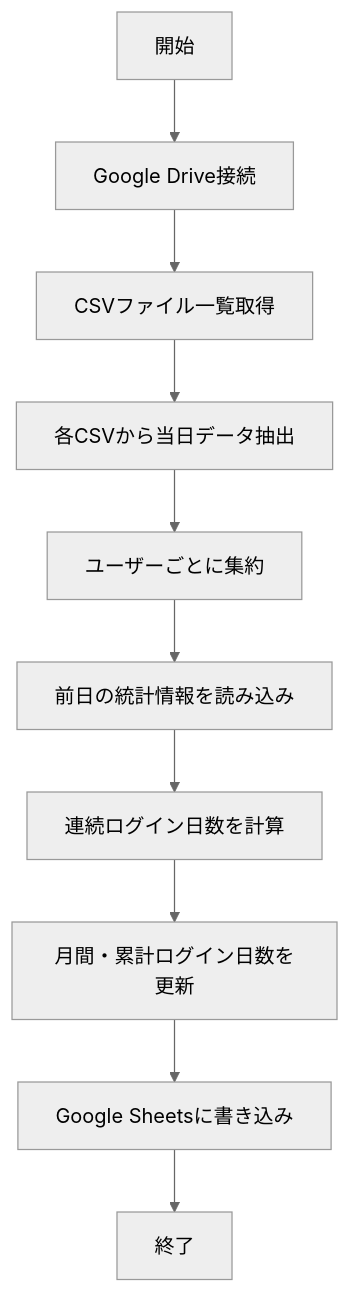
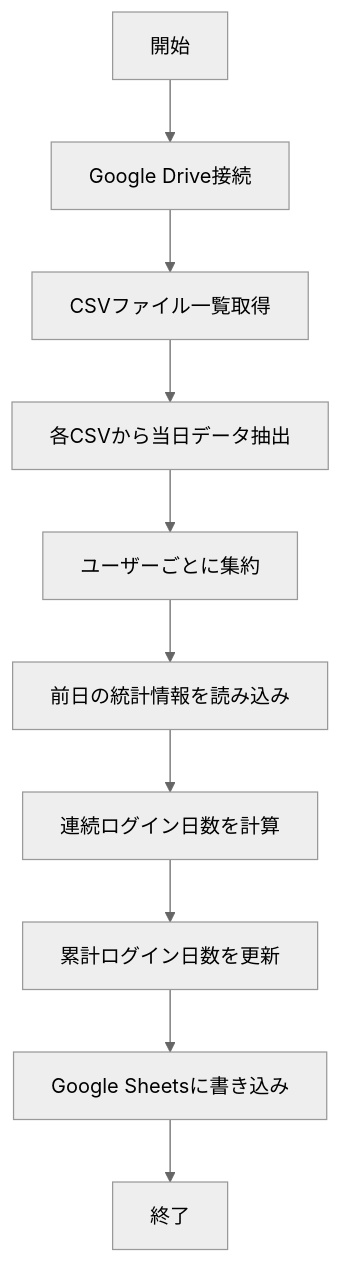
Before and after one commit to seiya-kawashima/nonproken-discord-mkmk-vc-tracker: the diagram in docs/specs/daily_aggregator.md, drawn with Mermaid (neutral theme). The commit also changed other lines of this file, not shown here.

````diff
--- a/docs/specs/daily_aggregator.md
+++ b/docs/specs/daily_aggregator.md
@@ -78,12 +76,12 @@
 ```mermaid
 graph TD
     A[開始] --> B[Google Drive接続]
     B --> C[CSVファイル一覧取得]
     C --> D[各CSVから当日データ抽出]
     D --> E[ユーザーごとに集約]
     E --> F[前日の統計情報を読み込み]
     F --> G[連続ログイン日数を計算]
-    G --> H[月間・累計ログイン日数を更新]
+    G --> H[累計ログイン日数を更新]
     H --> I[Google Sheetsに書き込み]
     I --> J[終了]
 ```
````
